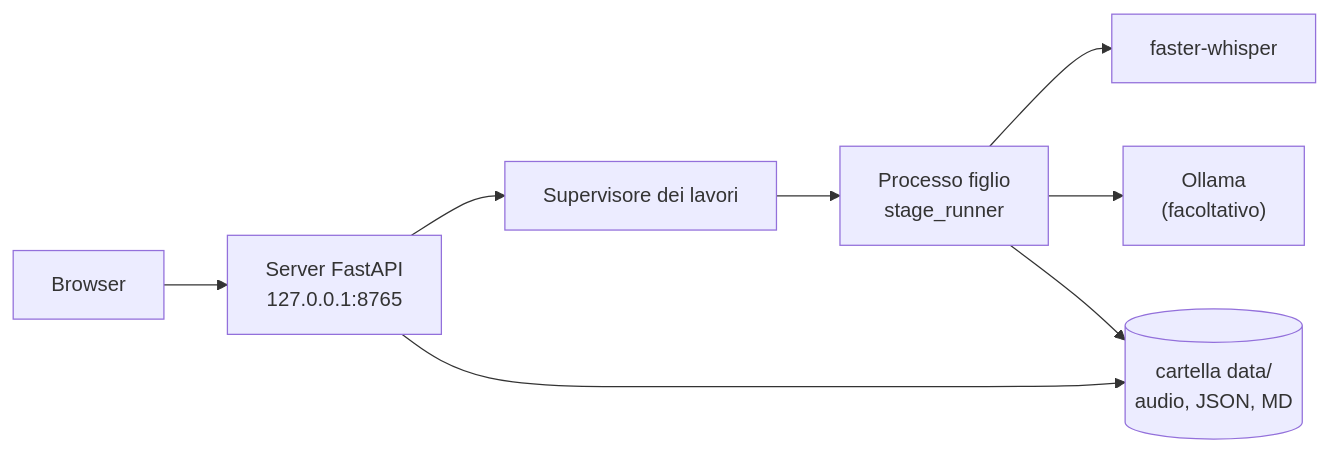
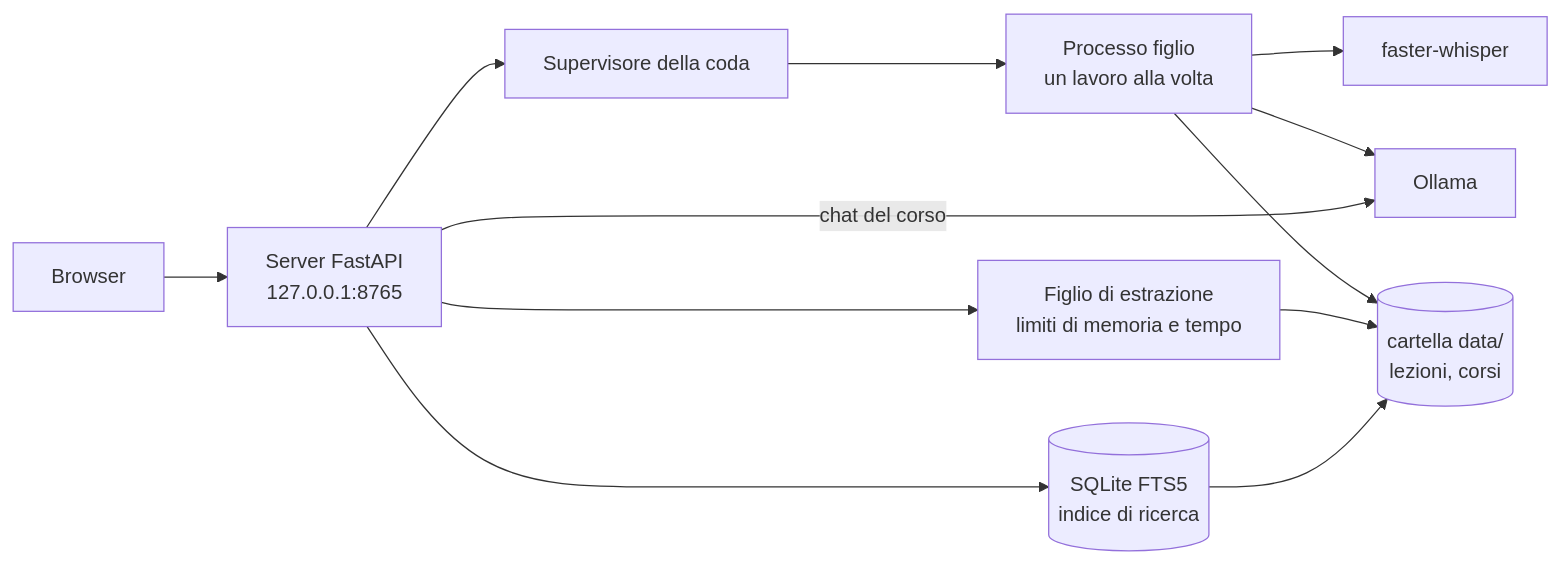
The diagram in README.it.md (AndreaBonn/speech-to-text), drawn with Mermaid before and after one commit. The commit also changed other lines of this file and 6 other files, not shown here.

````diff
--- a/README.it.md
+++ b/README.it.md
@@ -61,10 +74,14 @@
 ```mermaid
 flowchart LR
     browser["Browser"] --> server["Server FastAPI<br/>127.0.0.1:8765"]
-    server --> supervisor["Supervisore dei lavori"]
-    supervisor --> runner["Processo figlio<br/>stage_runner"]
+    server --> supervisor["Supervisore della coda"]
+    supervisor --> runner["Processo figlio<br/>un lavoro alla volta"]
     runner --> whisper["faster-whisper"]
-    runner --> ollama["Ollama<br/>(facoltativo)"]
-    runner --> data[("cartella data/<br/>audio, JSON, MD")]
-    server --> data
+    runner --> ollama["Ollama"]
+    server -- "chat del corso" --> ollama
+    server --> extractor["Figlio di estrazione<br/>limiti di memoria e tempo"]
+    runner --> data[("cartella data/<br/>lezioni, corsi")]
+    extractor --> data
+    server --> index[("SQLite FTS5<br/>indice di ricerca")]
+    index --> data
 ```
````
